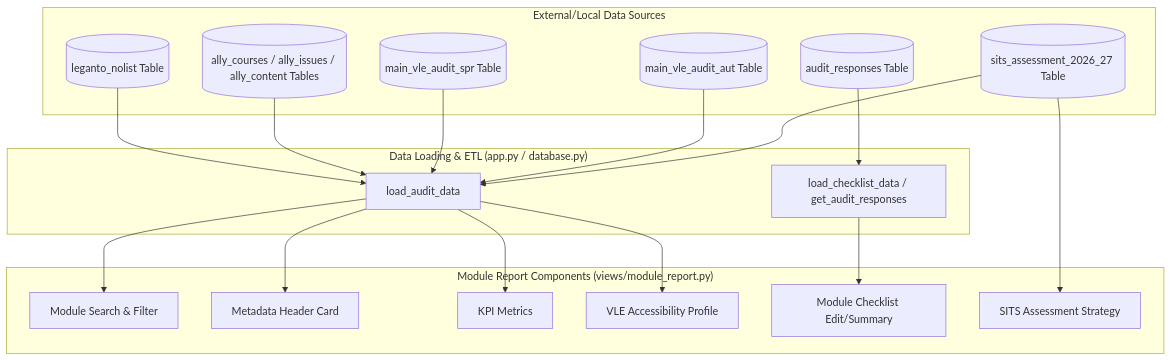
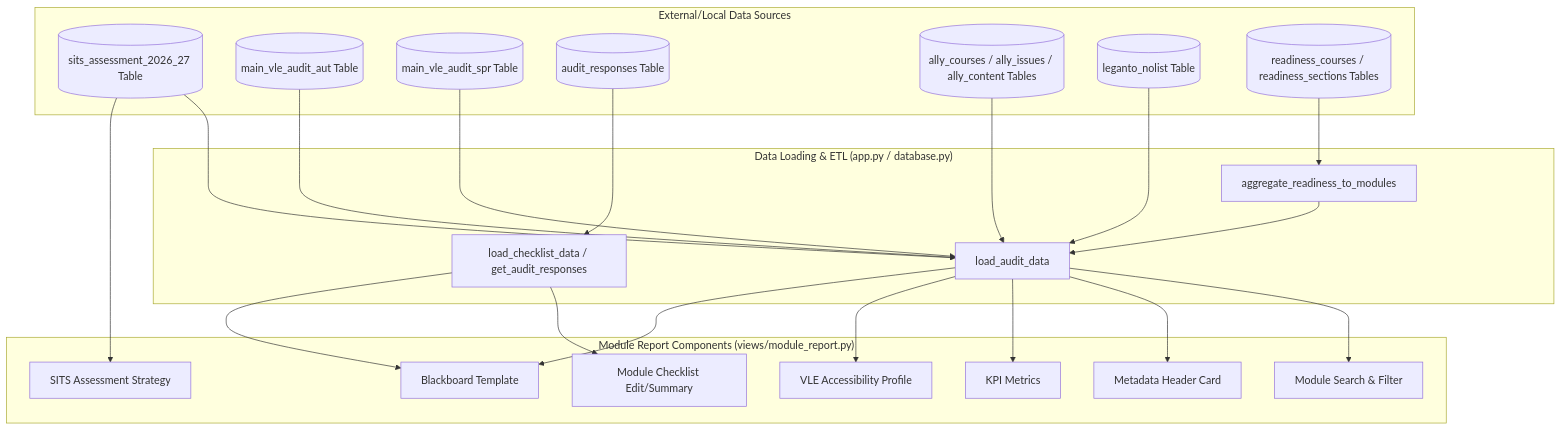
The diagram in docs/module_report_components.md (uos-foss/Digital-Learning-Review), drawn with Mermaid before and after one commit. The commit also changed other lines of this file, not shown here.

First line of the commit message:
Document the Blackboard Template block in module report docs

````diff
--- a/docs/module_report_components.md
+++ b/docs/module_report_components.md
@@ -22,39 +23,45 @@
 ```mermaid
 graph TD
     subgraph "External/Local Data Sources"
         SITS[(sits_assessment_2026_27 Table)]
         AuditAut[(main_vle_audit_aut Table)]
         AuditSpr[(main_vle_audit_spr Table)]
         Checklists[(audit_responses Table)]
         Ally[(ally_courses / ally_issues / ally_content Tables)]
         Leganto[(leganto_nolist Table)]
+        Readiness[(readiness_courses / readiness_sections Tables)]
     end
 
     subgraph "Data Loading & ETL (app.py / database.py)"
         Load[load_audit_data]
         SITS --> Load
         AuditAut --> Load
         AuditSpr --> Load
         Ally --> Load
         Leganto --> Load
-        
+        Readiness --> AggReadiness[aggregate_readiness_to_modules]
+        AggReadiness --> Load
+
         LoadChecklist[load_checklist_data / get_audit_responses]
         Checklists --> LoadChecklist
     end
 
     subgraph "Module Report Components (views/module_report.py)"
         Search[Module Search & Filter]
         Header[Metadata Header Card]
         KPIs[KPI Metrics]
         VLE[VLE Accessibility Profile]
         ChecklistComponent[Module Checklist Edit/Summary]
         AssessComponent[SITS Assessment Strategy]
+        TemplateComponent[Blackboard Template]
     end
 
     Load --> Search
     Load --> Header
     Load --> KPIs
     Load --> VLE
     LoadChecklist --> ChecklistComponent
     SITS --> AssessComponent
+    Load --> TemplateComponent
+    LoadChecklist --> TemplateComponent
 ```
````
